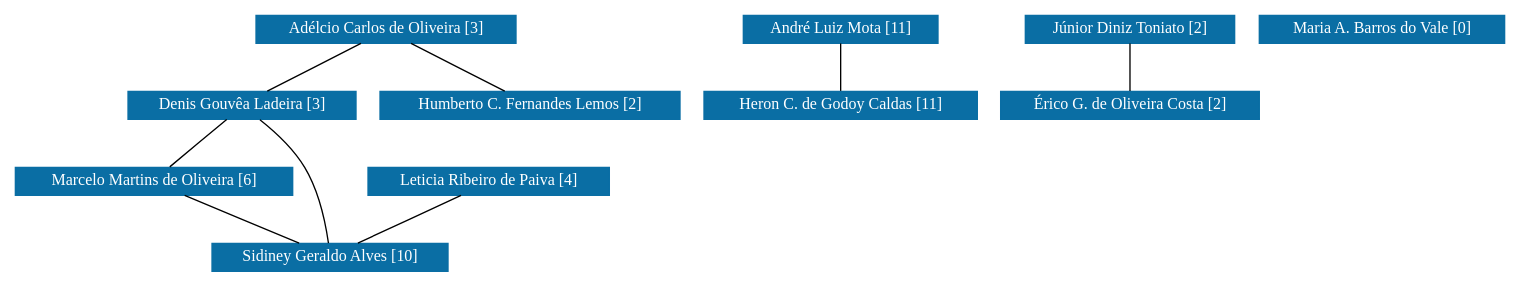
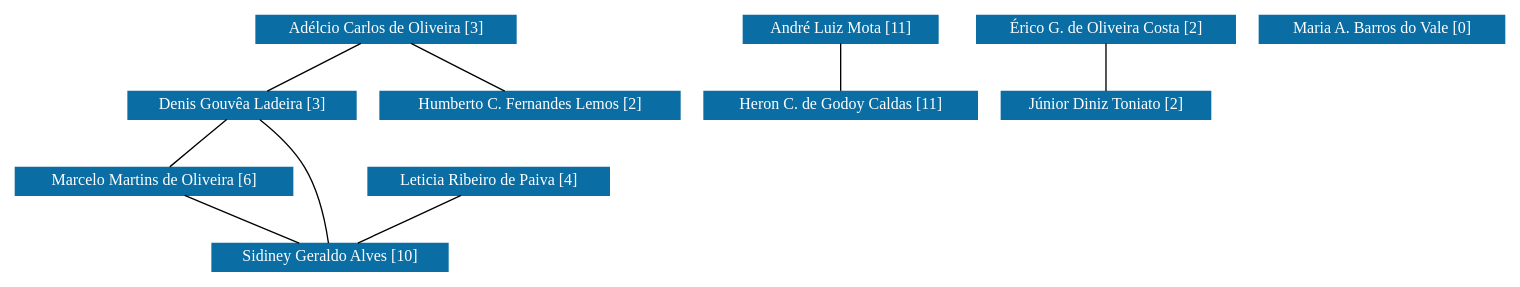
One commit to icamps/unifal-lattes.github.io changed the diagram in PPGF-UFSJ/grafoDeColaboracoesSemPesos.dot. Above: the diagram before and after it, drawn with Graphviz. The commit also changed 274 other files, not shown here.

```diff
--- a/PPGF-UFSJ/grafoDeColaboracoesSemPesos.dot
+++ b/PPGF-UFSJ/grafoDeColaboracoesSemPesos.dot
@@ -1,96 +1,96 @@
 strict graph grafo1 {
 	graph [bb="0,0,927.5,192",
 		id=grafo1,
 		overlap=False
 	];
 	node [fontsize=12,
 		label="\N",
 		shape=rectangle,
 		style=filled
 	];
 	0	 [URL="membro-0487113229071944.html",
 		color="#0A6EA4",
 		fontcolor="#FFFFFF",
 		height=0.29167,
 		label="Adélcio Carlos de Oliveira [3]",
 		pos="228.5,181.5",
 		width=2.1944];
 	2	 [URL="membro-6110042881038336.html",
 		color="#0A6EA4",
 		fontcolor="#FFFFFF",
 		height=0.29167,
 		label="Denis Gouvêa Ladeira [3]",
 		pos="138.5,124.5",
 		width=1.9444];
 	0 -- 2	 [pos="211.57,170.78 195.48,160.59 171.42,145.35 155.35,135.17"];
-	4	 [URL="membro-8374281747074655.html",
+	5	 [URL="membro-8374281747074655.html",
 		color="#0A6EA4",
 		fontcolor="#FFFFFF",
 		height=0.29167,
 		label="Humberto C. Fernandes Lemos [2]",
 		pos="318.5,124.5",
 		width=2.5556];
-	0 -- 4	 [pos="245.43,170.78 261.52,160.59 285.58,145.35 301.65,135.17"];
-	7	 [URL="membro-2091568617999217.html",
+	0 -- 5	 [pos="245.43,170.78 261.52,160.59 285.58,145.35 301.65,135.17"];
+	8	 [URL="membro-2091568617999217.html",
 		color="#0A6EA4",
 		fontcolor="#FFFFFF",
 		height=0.29167,
 		label="Marcelo Martins de Oliveira [6]",
 		pos="83.5,67.5",
 		width=2.3194];
-	2 -- 7	 [pos="128.15,113.78 118.32,103.59 103.62,88.348 93.799,78.173"];
-	9	 [URL="membro-4536440727635518.html",
+	2 -- 8	 [pos="128.15,113.78 118.32,103.59 103.62,88.348 93.799,78.173"];
+	10	 [URL="membro-4536440727635518.html",
 		color="#0A6EA4",
 		fontcolor="#FFFFFF",
 		height=0.29167,
 		label="Sidiney Geraldo Alves [10]",
 		pos="194.5,10.5",
 		width=2.0278];
-	2 -- 9	 [pos="148.98,113.91 157.26,105.01 168.54,91.591 175.5,78 185.15,59.145 190.46,34.738 192.87,21.036"];
-	7 -- 9	 [pos="104.12,56.912 124.06,46.674 154.09,31.25 173.99,21.031"];
+	2 -- 10	 [pos="148.98,113.91 157.26,105.01 168.54,91.591 175.5,78 185.15,59.145 190.46,34.738 192.87,21.036"];
+	8 -- 10	 [pos="104.12,56.912 124.06,46.674 154.09,31.25 173.99,21.031"];
 	1	 [URL="membro-8453016139576761.html",
 		color="#0A6EA4",
 		fontcolor="#FFFFFF",
 		height=0.29167,
 		label="André Luiz Mota [11]",
 		pos="512.5,181.5",
 		width=1.6944];
-	3	 [URL="membro-1373657423991547.html",
+	4	 [URL="membro-1373657423991547.html",
 		color="#0A6EA4",
 		fontcolor="#FFFFFF",
 		height=0.29167,
 		label="Heron C. de Godoy Caldas [11]",
 		pos="512.5,124.5",
 		width=2.3333];
-	1 -- 3	 [pos="512.5,170.78 512.5,160.59 512.5,145.35 512.5,135.17"];
-	5	 [URL="membro-5354129714719077.html",
+	1 -- 4	 [pos="512.5,170.78 512.5,160.59 512.5,145.35 512.5,135.17"];
+	3	 [URL="membro-4937965723746020.html",
+		color="#0A6EA4",
+		fontcolor="#FFFFFF",
+		height=0.29167,
+		label="Érico G. de Oliveira Costa [2]",
+		pos="679.5,181.5",
+		width=2.2222];
+	6	 [URL="membro-5354129714719077.html",
 		color="#0A6EA4",
 		fontcolor="#FFFFFF",
 		height=0.29167,
 		label="Júnior Diniz Toniato [2]",
-		pos="694.5,181.5",
+		pos="679.5,124.5",
 		width=1.8056];
-	10	 [URL="membro-4937965723746020.html",
-		color="#0A6EA4",
-		fontcolor="#FFFFFF",
-		height=0.29167,
-		label="Érico G. de Oliveira Costa [2]",
-		pos="694.5,124.5",
-		width=2.2222];
-	5 -- 10	 [pos="694.5,170.78 694.5,160.59 694.5,145.35 694.5,135.17"];
-	6	 [URL="membro-9428416479663144.html",
+	3 -- 6	 [pos="679.5,170.78 679.5,160.59 679.5,145.35 679.5,135.17"];
+	7	 [URL="membro-9428416479663144.html",
 		color="#0A6EA4",
 		fontcolor="#FFFFFF",
 		height=0.29167,
 		label="Leticia Ribeiro de Paiva [4]",
 		pos="296.5,67.5",
 		width=2.0417];
-	6 -- 9	 [pos="277.31,56.779 259.08,46.588 231.81,31.348 213.6,21.173"];
-	8	 [URL="membro-1514453602141346.html",
+	7 -- 10	 [pos="277.31,56.779 259.08,46.588 231.81,31.348 213.6,21.173"];
+	9	 [URL="membro-1514453602141346.html",
 		color="#0A6EA4",
 		fontcolor="#FFFFFF",
 		height=0.29167,
 		label="Maria A. Barros do Vale [0]",
 		pos="852.5,181.5",
 		width=2.0833];
 }
```
